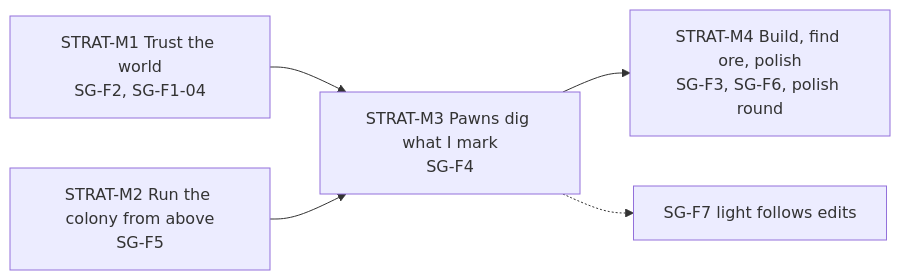
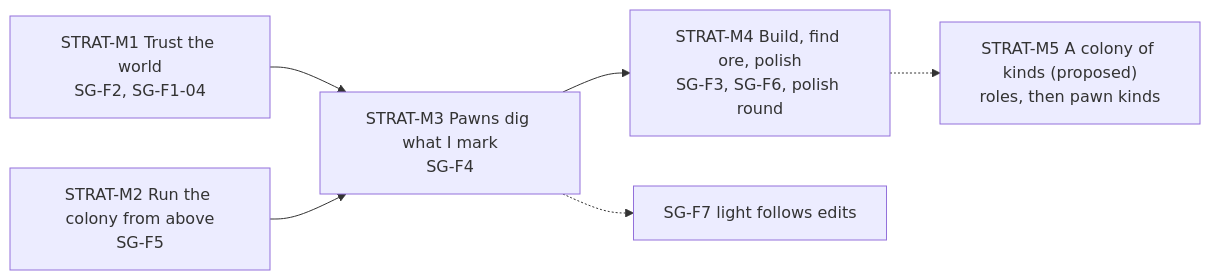
One commit to WrackedFella/moho changed the diagram in wiki/flagstone/roadmap.md. Above: the diagram before and after it, drawn with Mermaid. The commit also changed other lines of this file and 4 other files, not shown here.

First line of the commit message:
docs(flagstone): plan pawn kinds, roles and the ECS switch

````diff
--- a/wiki/flagstone/roadmap.md
+++ b/wiki/flagstone/roadmap.md
@@ -16,7 +16,8 @@
 ```mermaid
 flowchart LR
     S1["STRAT-M1 Trust the world<br/>SG-F2, SG-F1-04"] --> S3
     S2["STRAT-M2 Run the colony from above<br/>SG-F5"] --> S3
     S3["STRAT-M3 Pawns dig what I mark<br/>SG-F4"] --> S4["STRAT-M4 Build, find ore, polish<br/>SG-F3, SG-F6, polish round"]
     S3 -.-> L["SG-F7 light follows edits"]
+    S4 -.-> S5["STRAT-M5 A colony of kinds (proposed)<br/>roles, then pawn kinds"]
 ```
````
